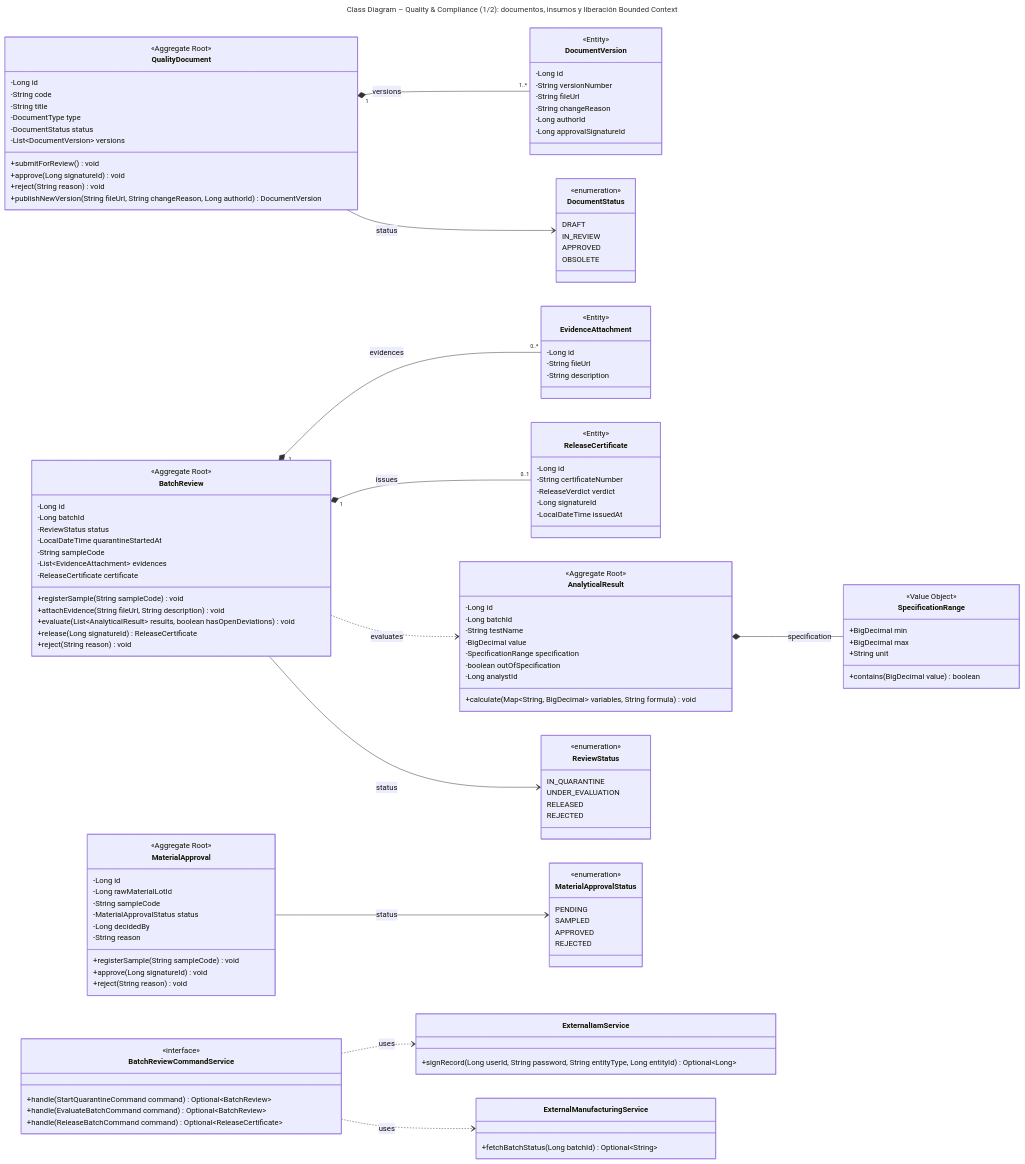
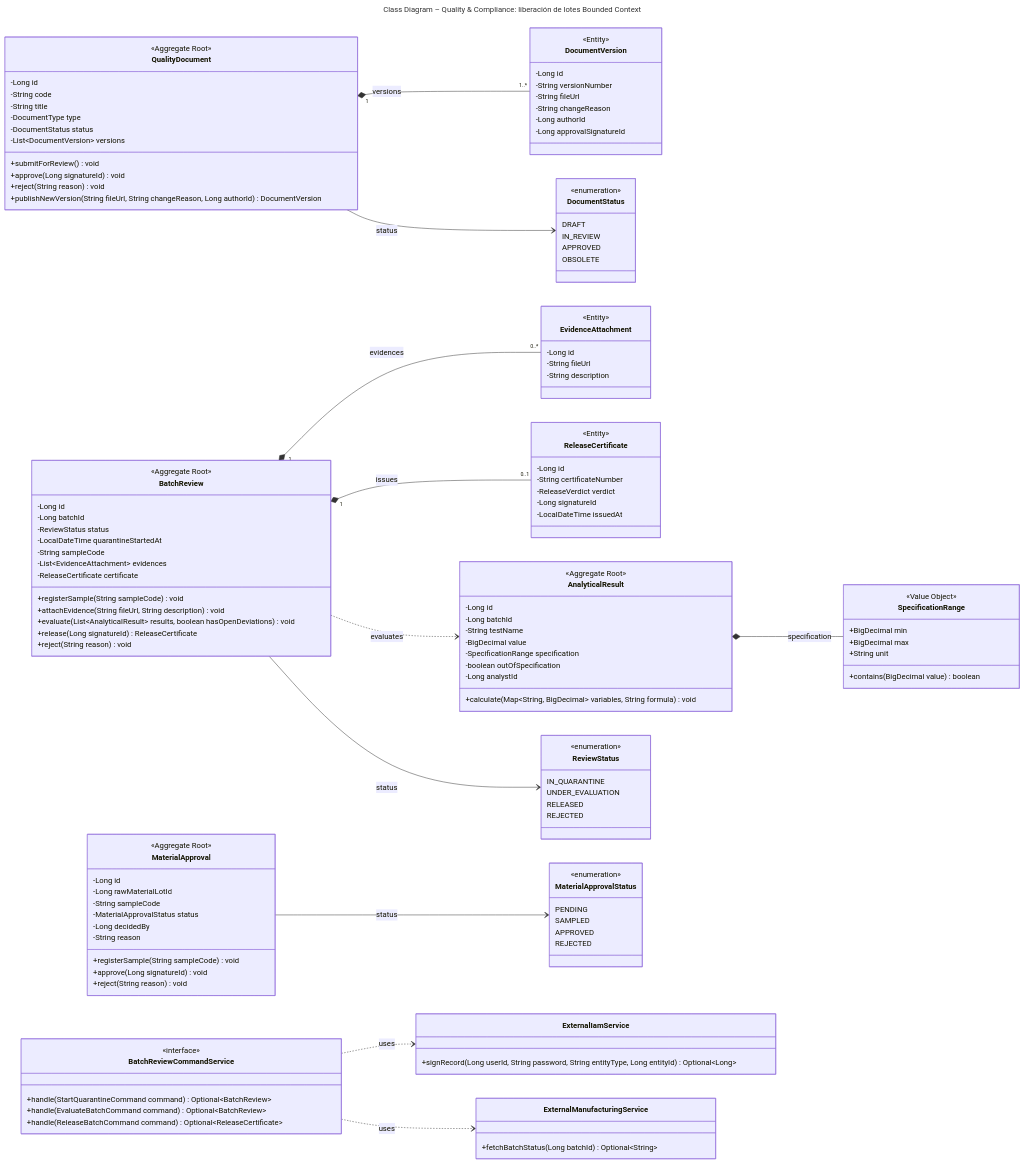
The diagram in assets/diagrams/mermaid/class-06a-quality.mmd (danRO-20/SI), drawn with Mermaid before and after one commit. The commit also changed 88 other files, not shown here.

First line of the commit message:
docs(cap4): Quality & Compliance como un solo bounded context

```diff
--- a/assets/diagrams/mermaid/class-06a-quality.mmd
+++ b/assets/diagrams/mermaid/class-06a-quality.mmd
@@ -1,129 +1,129 @@
 ---
-title: "Class Diagram – Quality & Compliance (1/2): documentos, insumos y liberación Bounded Context"
+title: "Class Diagram – Quality & Compliance: liberación de lotes Bounded Context"
 ---
 classDiagram
   direction LR
   class QualityDocument {
     <<Aggregate Root>>
     -Long id
     -String code
     -String title
     -DocumentType type
     -DocumentStatus status
     -List~DocumentVersion~ versions
     +submitForReview() void
     +approve(Long signatureId) void
     +reject(String reason) void
     +publishNewVersion(String fileUrl, String changeReason, Long authorId) DocumentVersion
   }
   class DocumentVersion {
     <<Entity>>
     -Long id
     -String versionNumber
     -String fileUrl
     -String changeReason
     -Long authorId
     -Long approvalSignatureId
   }
   class MaterialApproval {
     <<Aggregate Root>>
     -Long id
     -Long rawMaterialLotId
     -String sampleCode
     -MaterialApprovalStatus status
     -Long decidedBy
     -String reason
     +registerSample(String sampleCode) void
     +approve(Long signatureId) void
     +reject(String reason) void
   }
   class BatchReview {
     <<Aggregate Root>>
     -Long id
     -Long batchId
     -ReviewStatus status
     -LocalDateTime quarantineStartedAt
     -String sampleCode
     -List~EvidenceAttachment~ evidences
     -ReleaseCertificate certificate
     +registerSample(String sampleCode) void
     +attachEvidence(String fileUrl, String description) void
     +evaluate(List~AnalyticalResult~ results, boolean hasOpenDeviations) void
     +release(Long signatureId) ReleaseCertificate
     +reject(String reason) void
   }
   class EvidenceAttachment {
     <<Entity>>
     -Long id
     -String fileUrl
     -String description
   }
   class ReleaseCertificate {
     <<Entity>>
     -Long id
     -String certificateNumber
     -ReleaseVerdict verdict
     -Long signatureId
     -LocalDateTime issuedAt
   }
   class AnalyticalResult {
     <<Aggregate Root>>
     -Long id
     -Long batchId
     -String testName
     -BigDecimal value
     -SpecificationRange specification
     -boolean outOfSpecification
     -Long analystId
     +calculate(Map~String, BigDecimal~ variables, String formula) void
   }
   class SpecificationRange {
     <<Value Object>>
     +BigDecimal min
     +BigDecimal max
     +String unit
     +contains(BigDecimal value) boolean
   }
   class DocumentStatus {
     <<enumeration>>
     DRAFT
     IN_REVIEW
     APPROVED
     OBSOLETE
   }
   class MaterialApprovalStatus {
     <<enumeration>>
     PENDING
     SAMPLED
     APPROVED
     REJECTED
   }
   class ReviewStatus {
     <<enumeration>>
     IN_QUARANTINE
     UNDER_EVALUATION
     RELEASED
     REJECTED
   }
   class BatchReviewCommandService {
     <<interface>>
     +handle(StartQuarantineCommand command) Optional~BatchReview~
     +handle(EvaluateBatchCommand command) Optional~BatchReview~
     +handle(ReleaseBatchCommand command) Optional~ReleaseCertificate~
   }
   class ExternalIamService {
     +signRecord(Long userId, String password, String entityType, Long entityId) Optional~Long~
   }
   class ExternalManufacturingService {
     +fetchBatchStatus(Long batchId) Optional~String~
   }
   QualityDocument "1" *-- "1..*" DocumentVersion : versions
   QualityDocument --> DocumentStatus : status
   MaterialApproval --> MaterialApprovalStatus : status
   BatchReview "1" *-- "0..*" EvidenceAttachment : evidences
   BatchReview "1" *-- "0..1" ReleaseCertificate : issues
   BatchReview ..> AnalyticalResult : evaluates
   BatchReview --> ReviewStatus : status
   AnalyticalResult *-- SpecificationRange : specification
   BatchReviewCommandService ..> ExternalIamService : uses
   BatchReviewCommandService ..> ExternalManufacturingService : uses
```
